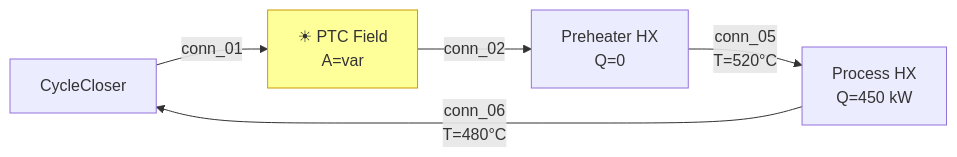
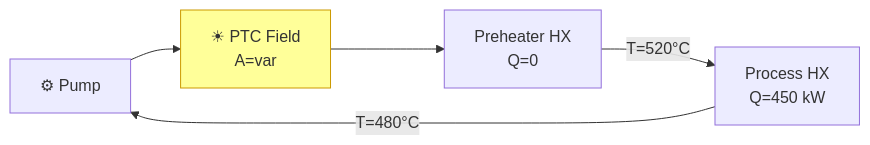
The ninth of 17 diagrams in insumos paper/PLANT_LAYOUTS_AND_MODES.md (iwolde/pbtes-sim), drawn with Mermaid before and after one commit. The commit also changed other lines of this file and 1 other file, not shown here.

````diff
--- a/insumos paper/PLANT_LAYOUTS_AND_MODES.md
+++ b/insumos paper/PLANT_LAYOUTS_AND_MODES.md
@@ -320,9 +359,9 @@
 ```mermaid
 graph LR
-    CC["CycleCloser"] -->|conn_01| PTC["☀ PTC Field<br/>A=var"]
-    PTC -->|conn_02| PH["Preheater HX<br/>Q=0"]
-    PH -->|conn_05<br/>T=520°C| PR["Process HX<br/>Q=450 kW"]
-    PR -->|conn_06<br/>T=480°C| CC
+    P1["⚙ Pump"] --> PTC["☀ PTC Field<br/>A=var"]
+    PTC --> PH["Preheater HX<br/>Q=0"]
+    PH -->|"T=520°C"| PR["Process HX<br/>Q=450 kW"]
+    PR -->|"T=480°C"| P1
 
     style PTC fill:#ff9,stroke:#c90
 ```
````
